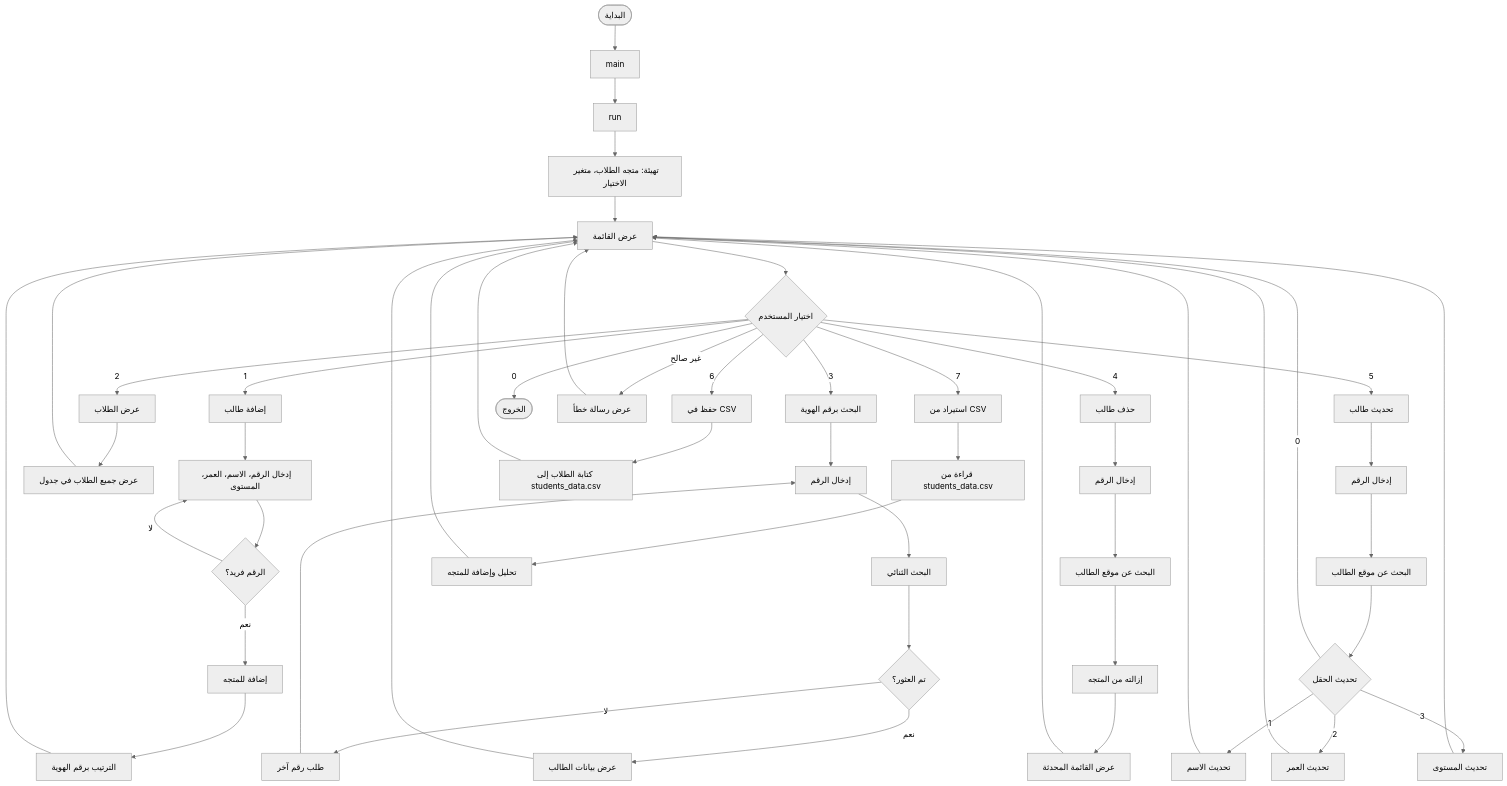
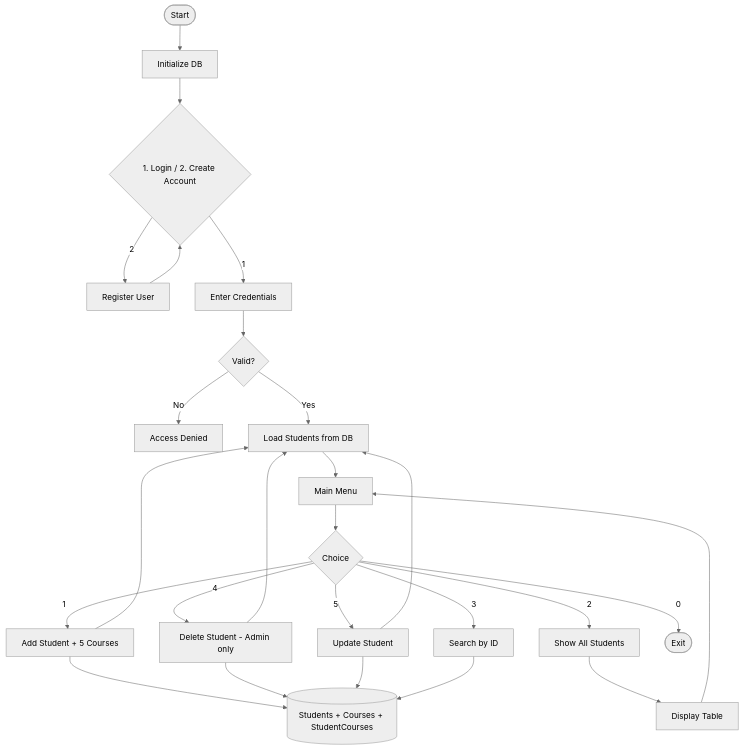
Before and after one commit to ahmedwageehberbesh/Studentes_Management: the fourth of 4 diagrams in README.md, drawn with Mermaid (neutral theme). The commit also changed other lines of this file, not shown here.

````diff
--- a/README.md
+++ b/README.md
@@ -63,63 +180,31 @@
 ```mermaid
 flowchart TD
-    Start([البداية]) --> Main[main]
-    Main --> Run[run]
-    Run --> Init[تهيئة: متجه الطلاب، متغير الاختيار]
-    Init --> Menu[عرض القائمة]
+    Start([Start]) --> Init[Initialize DB]
+    Init --> AuthMenu{1. Login / 2. Create Account}
+    AuthMenu -->|2| Register[Register User]
+    Register --> AuthMenu
+    AuthMenu -->|1| Login[Enter Credentials]
+    Login --> Check{Valid?}
+    Check -->|No| Deny[Access Denied]
+    Check -->|Yes| Load[Load Students from DB]
+    Load --> Menu[Main Menu]
     
-    Menu --> Choice{اختيار المستخدم}
+    Menu --> Choice{Choice}
+    Choice -->|1| Add[Add Student + 5 Courses]
+    Choice -->|2| Show[Show All Students]
+    Choice -->|3| Search[Search by ID]
+    Choice -->|4| Delete[Delete Student - Admin only]
+    Choice -->|5| Update[Update Student]
+    Choice -->|0| Exit([Exit])
     
-    Choice -->|1| Add[إضافة طالب]
-    Choice -->|2| Show[عرض الطلاب]
-    Choice -->|3| Search[البحث برقم الهوية]
-    Choice -->|4| Delete[حذف طالب]
-    Choice -->|5| Update[تحديث طالب]
-    Choice -->|6| Save[حفظ في CSV]
-    Choice -->|7| Import[استيراد من CSV]
-    Choice -->|0| Exit([الخروج])
-    Choice -->|غير صالح| Invalid[عرض رسالة خطأ]
+    Add --> DB1[(Students + Courses + StudentCourses)]
+    Delete --> DB1
+    Update --> DB1
+    Search --> DB1
+    Show --> Display[Display Table]
     
-    Add --> AddInput[إدخال الرقم، الاسم، العمر، المستوى]
-    AddInput --> CheckID{الرقم فريد؟}
-    CheckID -->|لا| AddInput
-    CheckID -->|نعم| PushAdd[إضافة للمتجه]
-    PushAdd --> SortAdd[الترتيب برقم الهوية]
-    SortAdd --> Menu
-    
-    Show --> PrintAll[عرض جميع الطلاب في جدول]
-    PrintAll --> Menu
-    
-    Search --> SearchID[إدخال الرقم]
-    SearchID --> BinarySearch[البحث الثنائي]
-    BinarySearch --> Found1{تم العثور؟}
-    Found1 -->|نعم| Display1[عرض بيانات الطالب]
-    Found1 -->|لا| Retry1[طلب رقم آخر]
-    Display1 --> Menu
-    Retry1 --> SearchID
-    
-    Delete --> DeleteID[إدخال الرقم]
-    DeleteID --> FindDel[البحث عن موقع الطالب]
-    FindDel --> Erase[إزالته من المتجه]
-    Erase --> ShowAfter[عرض القائمة المحدثة]
-    ShowAfter --> Menu
-    
-    Update --> UpdateID[إدخال الرقم]
-    UpdateID --> FindUpd[البحث عن موقع الطالب]
-    FindUpd --> UpdChoice{تحديث الحقل}
-    UpdChoice -->|1| UpdName[تحديث الاسم]
-    UpdChoice -->|2| UpdAge[تحديث العمر]
-    UpdChoice -->|3| UpdLevel[تحديث المستوى]
-    UpdChoice -->|0| Menu
-    UpdName --> Menu
-    UpdAge --> Menu
-    UpdLevel --> Menu
-    
-    Save --> Export[كتابة الطلاب إلى students_data.csv]
-    Export --> Menu
-    
-    Import --> Load[قراءة من students_data.csv]
-    Load --> Parse[تحليل وإضافة للمتجه]
-    Parse --> Menu
-    
-    Invalid --> Menu
+    Add --> Load
+    Delete --> Load
+    Update --> Load
+    Display --> Menu
 ```
````
